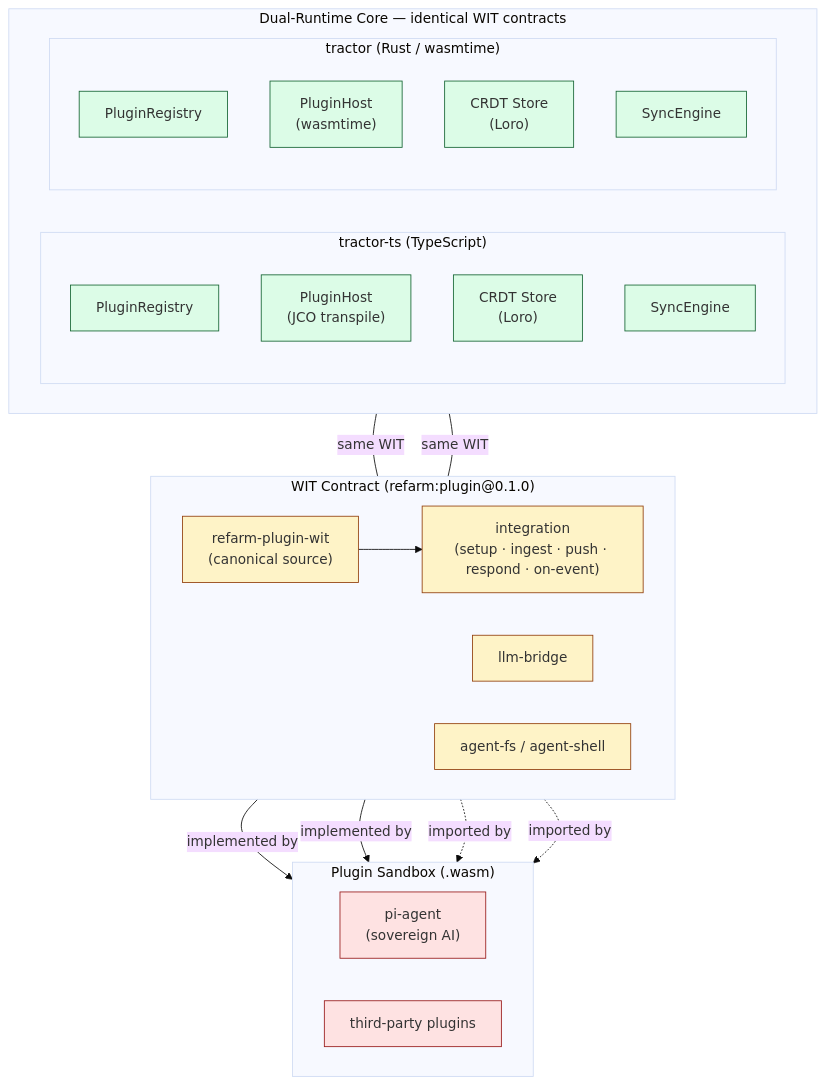
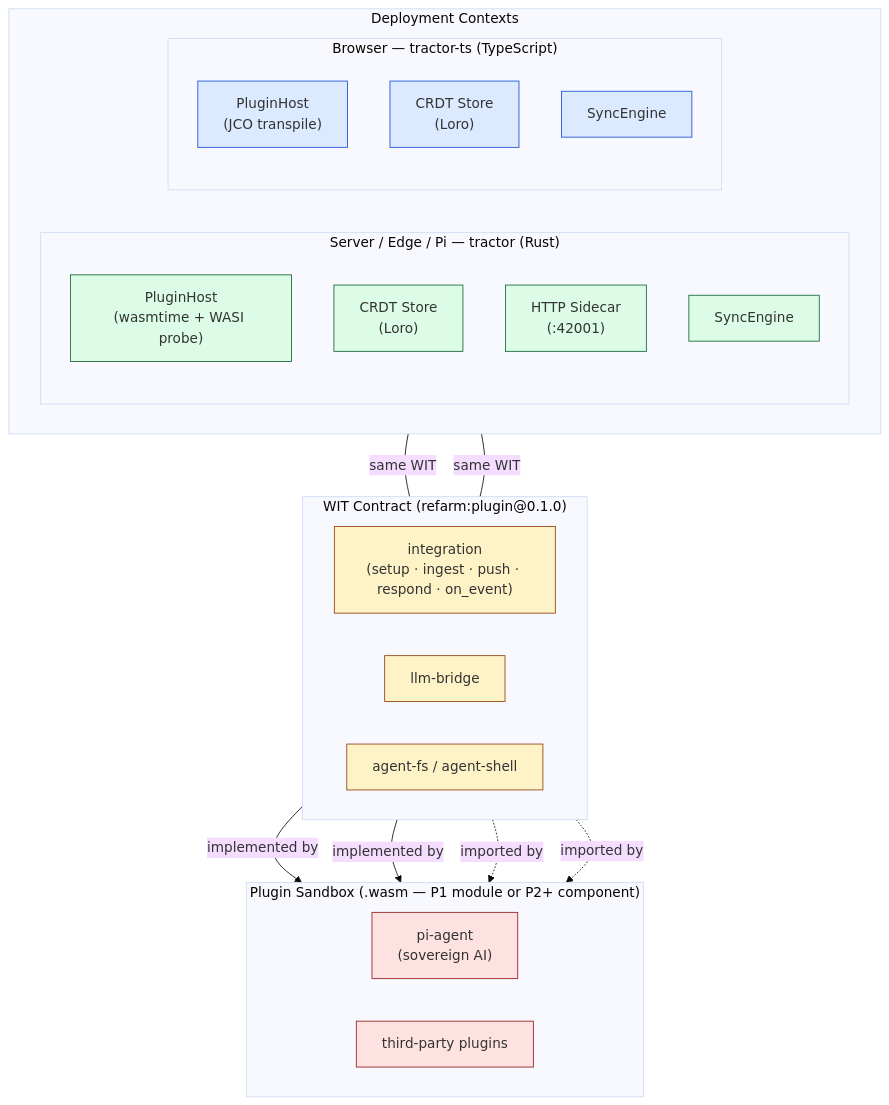
The diagram in docs/diagrams/layer-diagram--runtime.mermaid (aretw0/refarm), drawn with Mermaid (base theme) before and after one commit. The commit also changed 8 other files, not shown here.

First line of the commit message:
docs(diagrams): update runtime architecture for tractor Rust authoritative backend

```diff
--- a/docs/diagrams/layer-diagram--runtime.mermaid
+++ b/docs/diagrams/layer-diagram--runtime.mermaid
@@ -1,48 +1,46 @@
 graph TD
-    subgraph Core ["Dual-Runtime Core  — identical WIT contracts"]
+    subgraph Contexts ["Deployment Contexts"]
         direction LR
-        subgraph TractorTS ["tractor-ts  (TypeScript)"]
-            TS_Registry["PluginRegistry"]
+        subgraph Edge ["Server / Edge / Pi  — tractor (Rust)"]
+            RS_PluginHost["PluginHost\n(wasmtime + WASI probe)"]
+            RS_CRDT["CRDT Store\n(Loro)"]
+            RS_Sidecar["HTTP Sidecar\n(:42001)"]
+            RS_Sync["SyncEngine"]
+        end
+        subgraph Browser ["Browser  — tractor-ts (TypeScript)"]
             TS_PluginHost["PluginHost\n(JCO transpile)"]
             TS_CRDT["CRDT Store\n(Loro)"]
             TS_Sync["SyncEngine"]
-        end
-        subgraph TractorRS ["tractor  (Rust / wasmtime)"]
-            RS_Registry["PluginRegistry"]
-            RS_PluginHost["PluginHost\n(wasmtime)"]
-            RS_CRDT["CRDT Store\n(Loro)"]
-            RS_Sync["SyncEngine"]
         end
     end
 
     subgraph WIT ["WIT Contract  (refarm:plugin@0.1.0)"]
         direction LR
-        WIT_Pkg["refarm-plugin-wit\n(canonical source)"]
-        WIT_Int["integration\n(setup · ingest · push · respond · on-event)"]
+        WIT_Int["integration\n(setup · ingest · push · respond · on_event)"]
         WIT_LLM["llm-bridge"]
         WIT_FS["agent-fs / agent-shell"]
-        WIT_Pkg --> WIT_Int
     end
 
-    subgraph Plugins ["Plugin Sandbox  (.wasm)"]
+    subgraph Plugins ["Plugin Sandbox  (.wasm — P1 module or P2+ component)"]
         direction LR
         PiAgent["pi-agent\n(sovereign AI)"]
         ThirdParty["third-party plugins"]
     end
 
-    TractorTS ---|"same WIT"| WIT_Pkg
-    TractorRS ---|"same WIT"| WIT_Pkg
+    Edge ---|"same WIT"| WIT_Int
+    Browser ---|"same WIT"| WIT_Int
 
     WIT_Int -->|"implemented by"| PiAgent
     WIT_Int -->|"implemented by"| ThirdParty
     WIT_LLM -.->|"imported by"| PiAgent
     WIT_FS  -.->|"imported by"| PiAgent
 
-    classDef core   fill:#dcfce7,stroke:#166534,stroke-width:1px;
-    classDef wit    fill:#fef3c7,stroke:#92400e,stroke-width:1px;
-    classDef plugin fill:#fee2e2,stroke:#991b1b,stroke-width:1px;
+    classDef rust    fill:#dcfce7,stroke:#166534,stroke-width:1px;
+    classDef ts      fill:#dbeafe,stroke:#1d4ed8,stroke-width:1px;
+    classDef wit     fill:#fef3c7,stroke:#92400e,stroke-width:1px;
+    classDef plugin  fill:#fee2e2,stroke:#991b1b,stroke-width:1px;
 
-    class TS_Registry,TS_PluginHost,TS_CRDT,TS_Sync core;
-    class RS_Registry,RS_PluginHost,RS_CRDT,RS_Sync core;
-    class WIT_Pkg,WIT_Int,WIT_LLM,WIT_FS wit;
+    class RS_PluginHost,RS_CRDT,RS_Sidecar,RS_Sync rust;
+    class TS_PluginHost,TS_CRDT,TS_Sync ts;
+    class WIT_Int,WIT_LLM,WIT_FS wit;
     class PiAgent,ThirdParty plugin;
```
